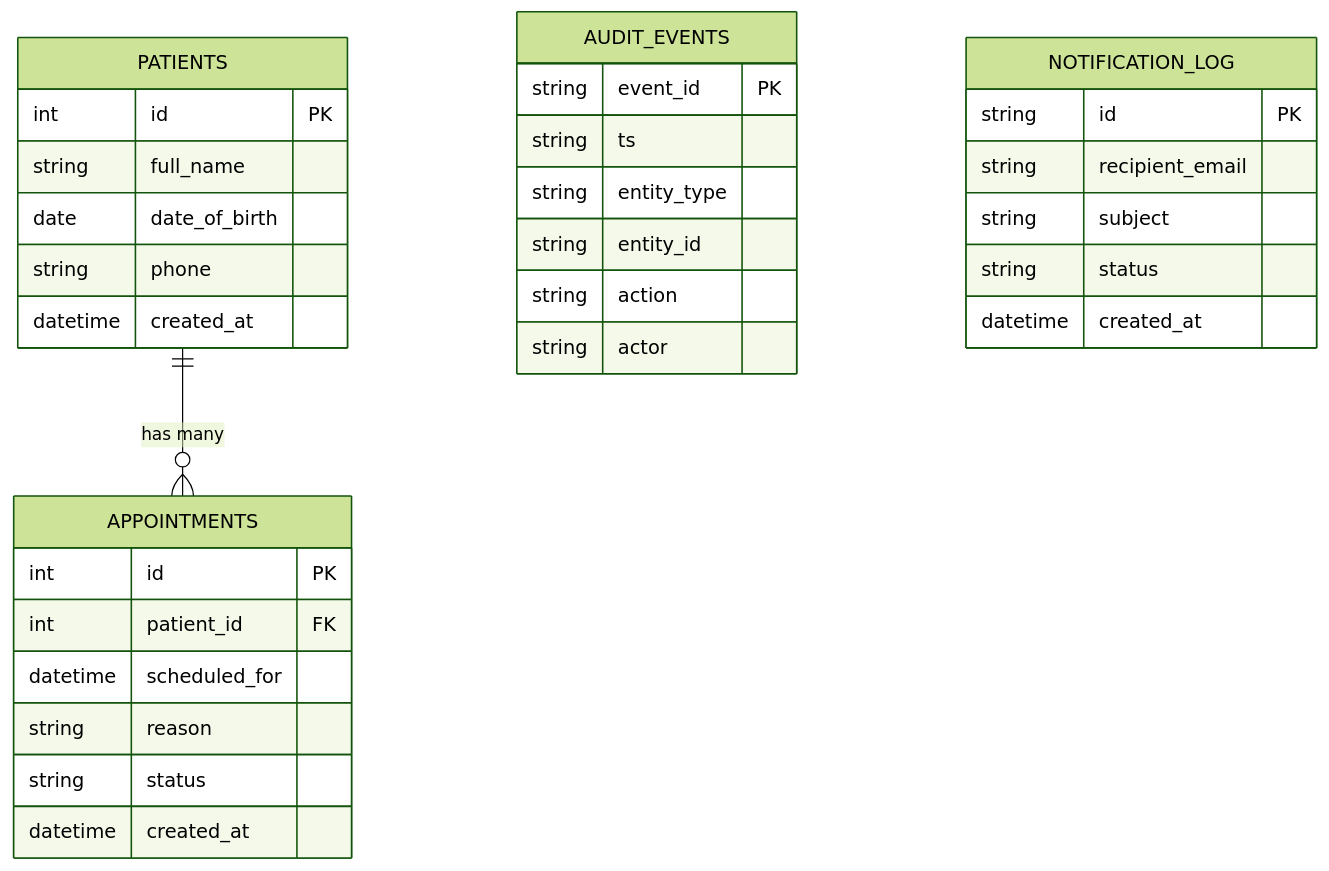
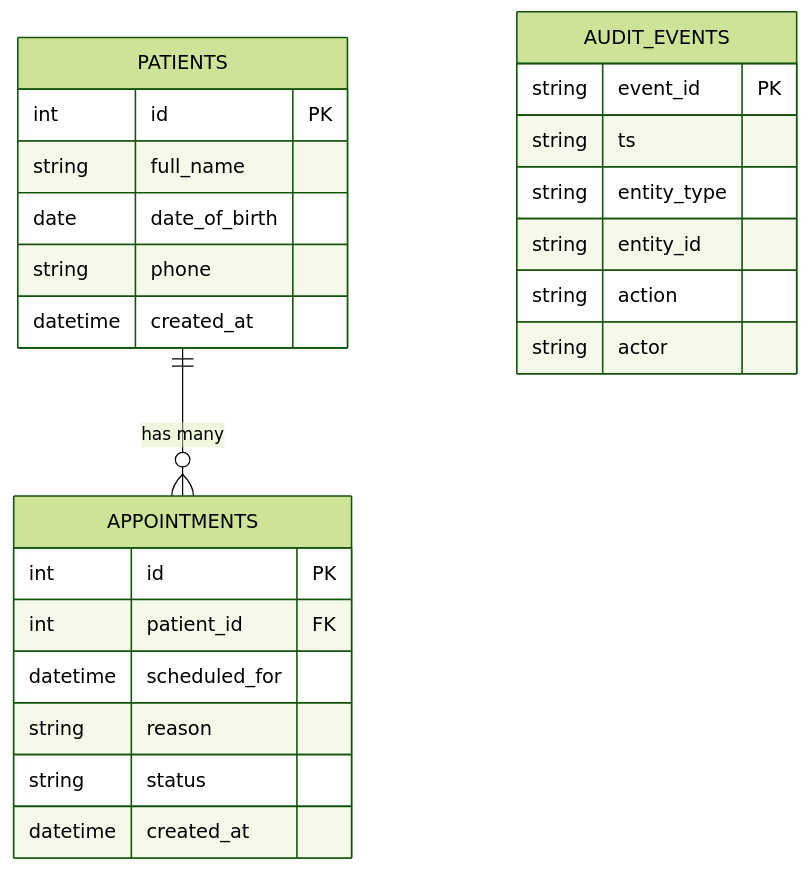
Before and after one commit to chala2001/cloud-care-k8s: the sixth of 7 diagrams in README.md, drawn with Mermaid (forest theme). The commit also changed other lines of this file and 33 other files, not shown here.

````diff
--- a/README.md
+++ b/README.md
@@ -473,38 +395,30 @@
 ```mermaid
 erDiagram
     PATIENTS ||--o{ APPOINTMENTS : "has many"
 
     PATIENTS {
-        int    id           PK
-        string full_name
-        date   date_of_birth
-        string phone
+        int      id           PK
+        string   full_name
+        date     date_of_birth
+        string   phone
         datetime created_at
     }
 
     APPOINTMENTS {
         int      id           PK
         int      patient_id   FK
         datetime scheduled_for
         string   reason
         string   status
         datetime created_at
     }
 
     AUDIT_EVENTS {
         string   event_id    PK
         string   ts
         string   entity_type
         string   entity_id
         string   action
         string   actor
     }
-
-    NOTIFICATION_LOG {
-        string   id             PK
-        string   recipient_email
-        string   subject
-        string   status
-        datetime created_at
-    }
 ```
````
